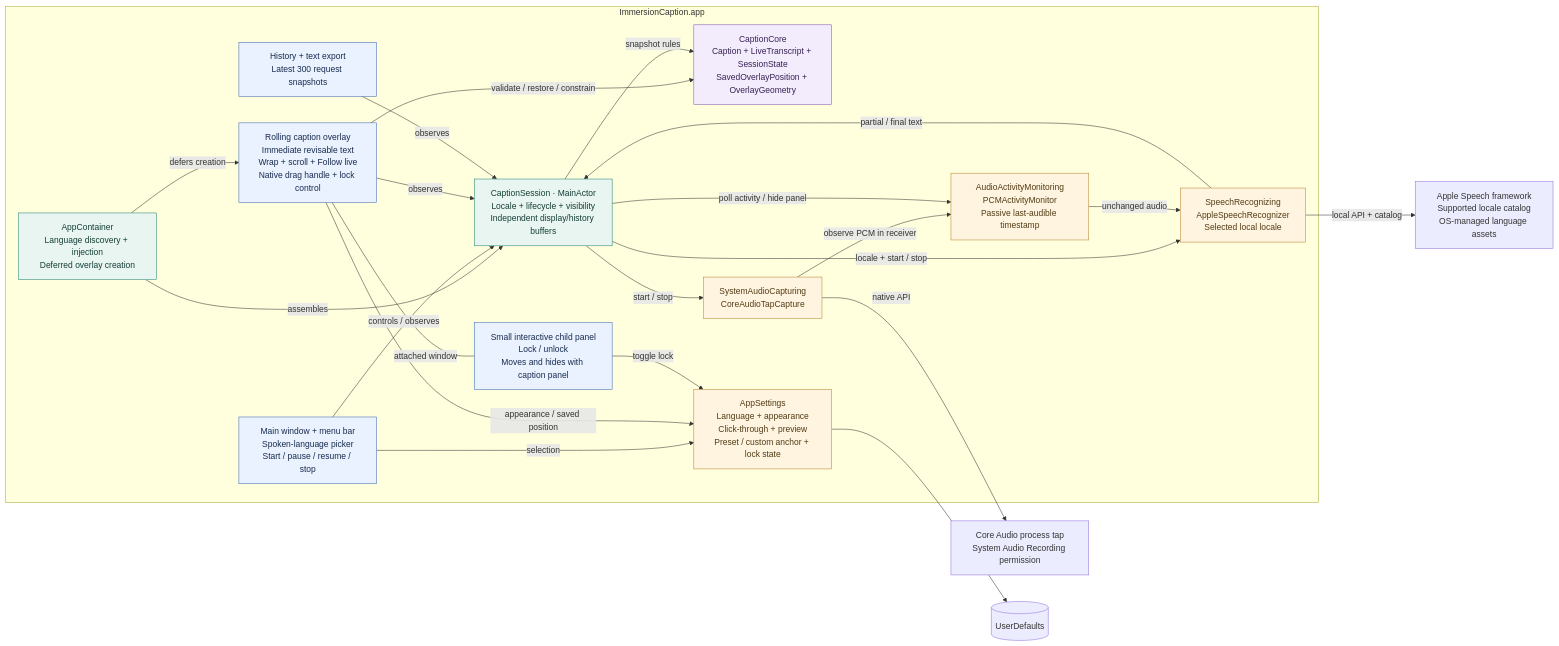
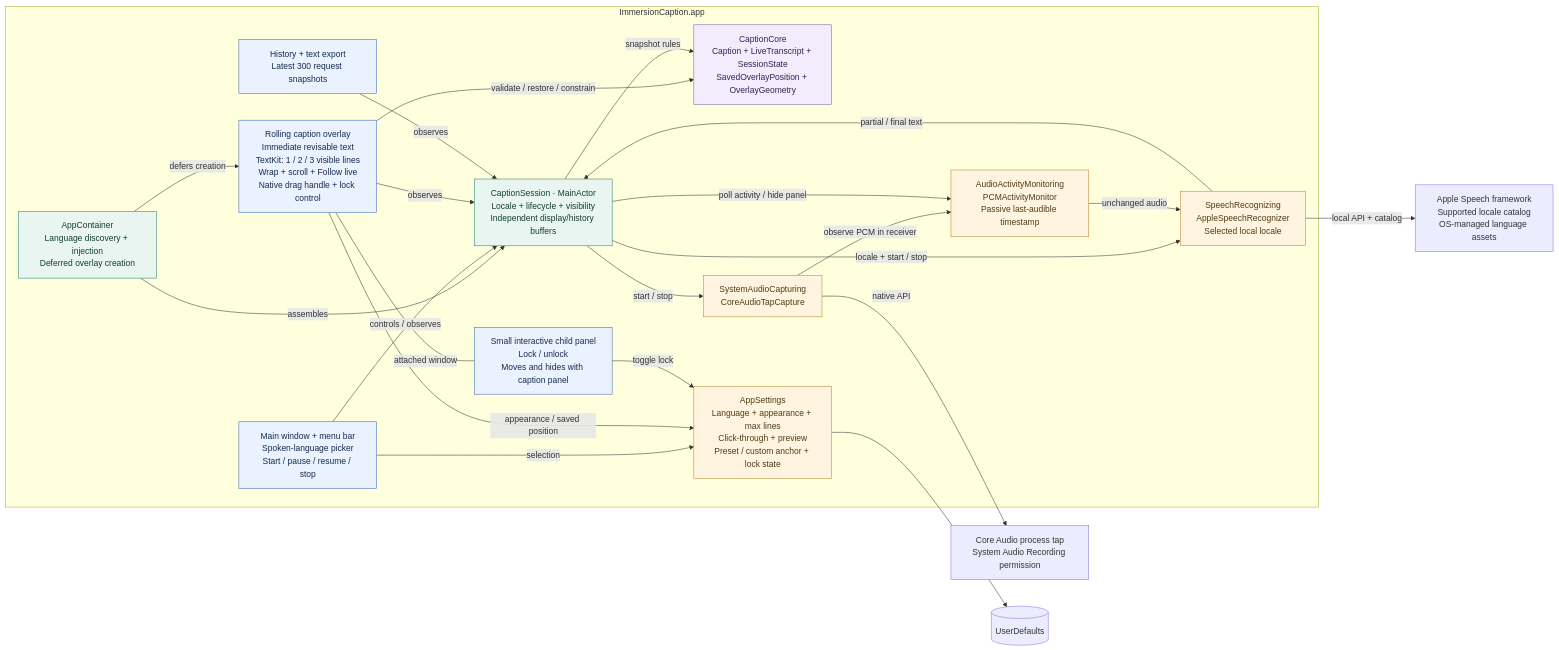
One commit to mattt-s/ImmersionCaption changed the diagram in docs/diagrams/architecture.mmd. Above: the diagram before and after it, drawn with Mermaid. The commit also changed 22 other files, not shown here.

Commit message:
Add configurable one two or three visible caption lines

```diff
--- a/docs/diagrams/architecture.mmd
+++ b/docs/diagrams/architecture.mmd
@@ -1,47 +1,47 @@
 flowchart LR
     accTitle: ImmersionCaption multilingual rolling-caption architecture
     accDescr: A selected spoken locale configures local Apple Speech. Cumulative partials replace request snapshots in a bounded domain buffer. The overlay wraps and scrolls while history is updated in place. No translation or external inference service is used.
     subgraph App["ImmersionCaption.app"]
         Container["AppContainer<br/>Language discovery + injection<br/>Deferred overlay creation"]
         Controls["Main window + menu bar<br/>Spoken-language picker<br/>Start / pause / resume / stop"]
-        Overlay["Rolling caption overlay<br/>Immediate revisable text<br/>Wrap + scroll + Follow live<br/>Native drag handle + lock control"]
+        Overlay["Rolling caption overlay<br/>Immediate revisable text<br/>TextKit: 1 / 2 / 3 visible lines<br/>Wrap + scroll + Follow live<br/>Native drag handle + lock control"]
         Lock["Small interactive child panel<br/>Lock / unlock<br/>Moves and hides with caption panel"]
         History["History + text export<br/>Latest 300 request snapshots"]
         Session["CaptionSession · MainActor<br/>Locale + lifecycle + visibility<br/>Independent display/history buffers"]
         Core["CaptionCore<br/>Caption + LiveTranscript + SessionState<br/>SavedOverlayPosition + OverlayGeometry"]
-        Settings["AppSettings<br/>Language + appearance<br/>Click-through + preview<br/>Preset / custom anchor + lock state"]
+        Settings["AppSettings<br/>Language + appearance + max lines<br/>Click-through + preview<br/>Preset / custom anchor + lock state"]
         Activity["AudioActivityMonitoring<br/>PCMActivityMonitor<br/>Passive last-audible timestamp"]
         Capture["SystemAudioCapturing<br/>CoreAudioTapCapture"]
         Speech["SpeechRecognizing<br/>AppleSpeechRecognizer<br/>Selected local locale"]
     end
     Audio["Core Audio process tap<br/>System Audio Recording permission"]
     Native["Apple Speech framework<br/>Supported locale catalog<br/>OS-managed language assets"]
     Defaults[("UserDefaults")]
     Container -->|"assembles"| Session
     Container -->|"defers creation"| Overlay
     Controls -->|"controls / observes"| Session
     Controls -->|"selection"| Settings
     Overlay -->|"observes"| Session
     History -->|"observes"| Session
     Overlay -->|"appearance / saved position"| Settings
     Overlay -->|"validate / restore / constrain"| Core
     Overlay ---|"attached window"| Lock
     Lock -->|"toggle lock"| Settings
     Settings --> Defaults
     Session -->|"snapshot rules"| Core
     Session -->|"start / stop"| Capture
     Session -->|"locale + start / stop"| Speech
     Capture -->|"observe PCM in receiver"| Activity
     Activity -->|"unchanged audio"| Speech
     Session -->|"poll activity / hide panel"| Activity
     Capture -->|"native API"| Audio
     Speech -->|"local API + catalog"| Native
     Speech -->|"partial / final text"| Session
     classDef application fill:#e8f5f1,stroke:#23836d,color:#153e35
     classDef presentation fill:#eaf2ff,stroke:#3b67b1,color:#172b4d
     classDef domain fill:#f2ecfc,stroke:#815bb3,color:#382254
     classDef adapter fill:#fff4df,stroke:#b9822d,color:#513b16
     class Session,Container application
     class Controls,Overlay,Lock,History presentation
     class Core domain
     class Settings,Capture,Speech,Activity adapter
```
